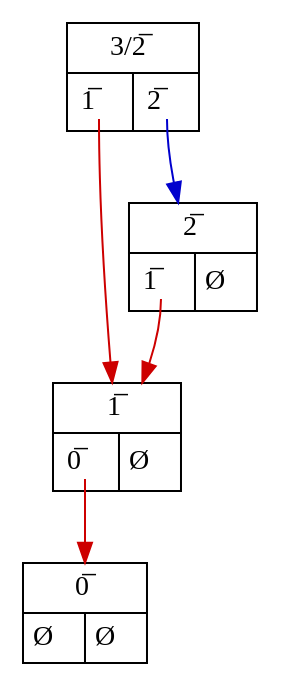
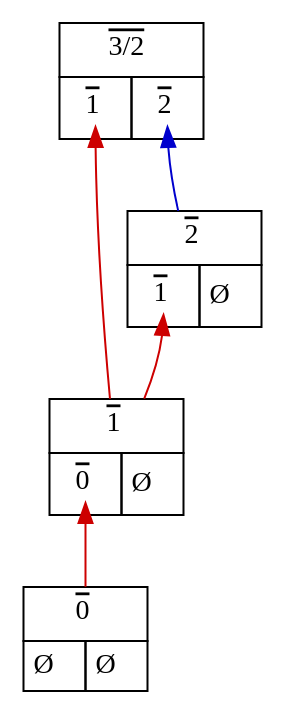
The diagram in examples/Data/addition_ex_10.dot (mroughan/SurrealNumbers.jl), drawn with Graphviz before and after one commit. The commit also changed 60 other files, not shown here.

```diff
--- a/examples/Data/addition_ex_10.dot
+++ b/examples/Data/addition_ex_10.dot
@@ -1,30 +1,30 @@
 digraph "1.5" {
    node_1 [shape=none,margin=0,label=
          <<TABLE BORDER="0" CELLBORDER="1" CELLSPACING="0" CELLPADDING="4">
-         <TR><TD COLSPAN="2">3/2̅</TD></TR>
-         <TR><TD PORT="L"> <TABLE BORDER="0" CELLBORDER="0" CELLPADDING="0"><TR><TD PORT="1,1"> 1̅ </TD> &nbsp; </TR></TABLE> </TD><TD PORT="R"> <TABLE BORDER="0" CELLBORDER="0" CELLPADDING="0"><TR><TD PORT="2,1"> 2̅ </TD> &nbsp; </TR></TABLE> </TD></TR>
+         <TR><TD  CELLPADDING="5pt" COLSPAN="2"><o>3/2</o></TD></TR>
+         <TR><TD PORT="L"> <TABLE BORDER="0" CELLBORDER="0" CELLPADDING="0"><TR><TD CELLPADDING="1pt" PORT="1,1"> <o>1</o> </TD> &nbsp; </TR></TABLE> </TD><TD PORT="R"> <TABLE BORDER="0" CELLBORDER="0" CELLPADDING="0"><TR><TD CELLPADDING="1pt"  PORT="2,1"> <o>2</o> </TD> &nbsp; </TR></TABLE> </TD></TR>
          </TABLE>>,
          ];
-   node_1:"1,1" -> node_2 [color="red3", dir=forward];
+   node_1:"1,1" -> node_2 [color="red3", dir=back];
    node_2 [shape=none,margin=0,label=
          <<TABLE BORDER="0" CELLBORDER="1" CELLSPACING="0" CELLPADDING="4">
-         <TR><TD COLSPAN="2">1̅</TD></TR>
-         <TR><TD PORT="L"> <TABLE BORDER="0" CELLBORDER="0" CELLPADDING="0"><TR><TD PORT="0,1"> 0̅ </TD> &nbsp; </TR></TABLE> </TD><TD PORT="R"> Ø </TD></TR>
+         <TR><TD  CELLPADDING="5pt" COLSPAN="2"><o>1</o></TD></TR>
+         <TR><TD PORT="L"> <TABLE BORDER="0" CELLBORDER="0" CELLPADDING="0"><TR><TD CELLPADDING="1pt" PORT="0,1"> <o>0</o> </TD> &nbsp; </TR></TABLE> </TD><TD PORT="R"> Ø </TD></TR>
          </TABLE>>,
          ];
-   node_2:"0,1" -> node_3 [color="red3", dir=forward];
+   node_2:"0,1" -> node_3 [color="red3", dir=back];
    node_3 [shape=none,margin=0,label=
          <<TABLE BORDER="0" CELLBORDER="1" CELLSPACING="0" CELLPADDING="4">
-         <TR><TD COLSPAN="2">0̅</TD></TR>
+         <TR><TD  CELLPADDING="5pt" COLSPAN="2"><o>0</o></TD></TR>
          <TR><TD PORT="L"> Ø </TD><TD PORT="R"> Ø </TD></TR>
          </TABLE>>,
          ];
-   node_1:"2,1" -> node_4 [color="blue3", dir=forward];
+   node_1:"2,1" -> node_4 [color="blue3", dir=back];
    node_4 [shape=none,margin=0,label=
          <<TABLE BORDER="0" CELLBORDER="1" CELLSPACING="0" CELLPADDING="4">
-         <TR><TD COLSPAN="2">2̅</TD></TR>
-         <TR><TD PORT="L"> <TABLE BORDER="0" CELLBORDER="0" CELLPADDING="0"><TR><TD PORT="1,1"> 1̅ </TD> &nbsp; </TR></TABLE> </TD><TD PORT="R"> Ø </TD></TR>
+         <TR><TD  CELLPADDING="5pt" COLSPAN="2"><o>2</o></TD></TR>
+         <TR><TD PORT="L"> <TABLE BORDER="0" CELLBORDER="0" CELLPADDING="0"><TR><TD CELLPADDING="1pt" PORT="1,1"> <o>1</o> </TD> &nbsp; </TR></TABLE> </TD><TD PORT="R"> Ø </TD></TR>
          </TABLE>>,
          ];
-   node_4:"1,1" -> node_2 [color="red3", dir=forward];
+   node_4:"1,1" -> node_2 [color="red3", dir=back];
 }
```
